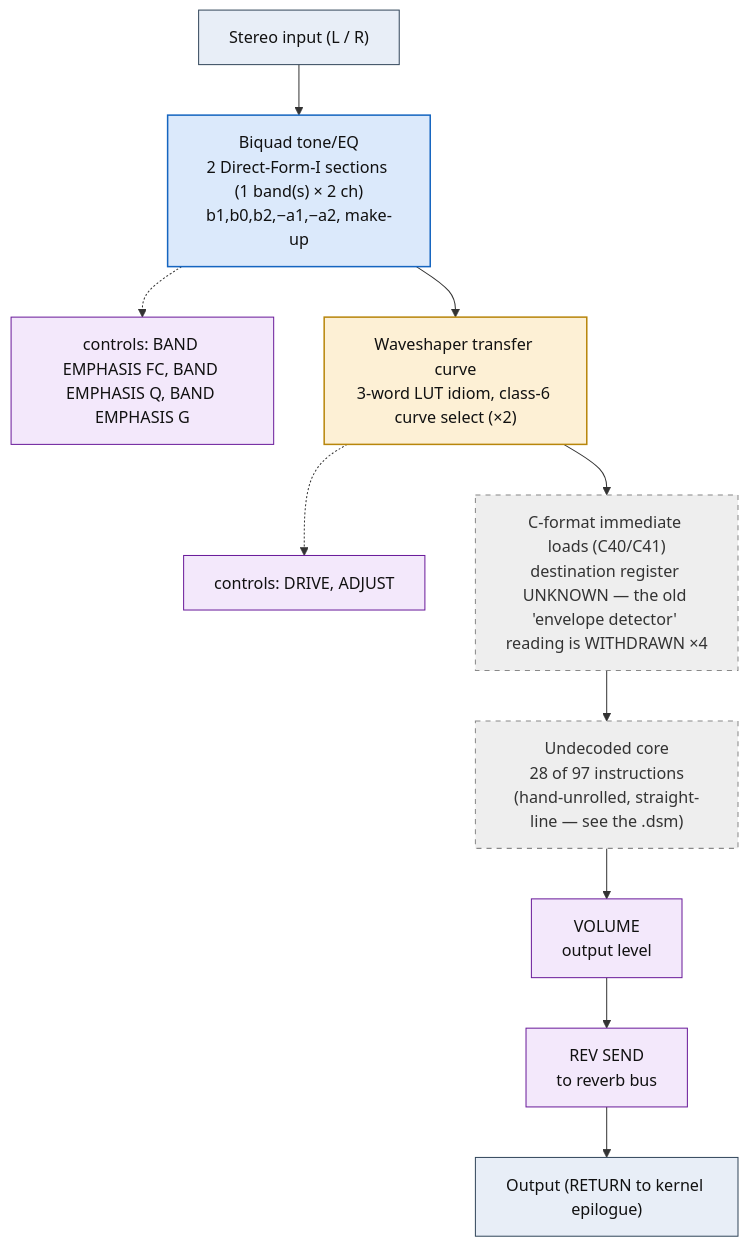
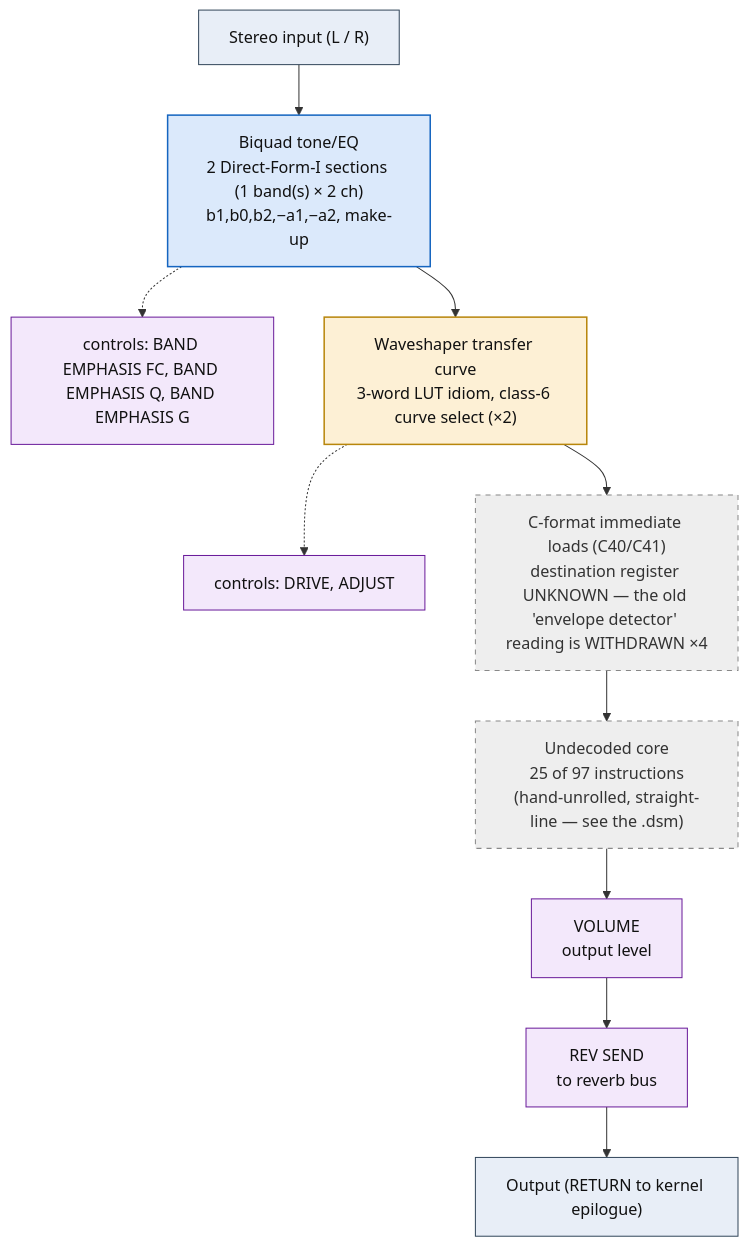
One commit to ArqueologiaDigital/kn5000-roms-disasm changed the diagram in dsp/flowcharts/prog97_peq_compr_overdr.md. Above: the diagram before and after it, drawn with Mermaid. The commit also changed other lines of this file and 78 other files, not shown here.

````diff
--- a/dsp/flowcharts/prog97_peq_compr_overdr.md
+++ b/dsp/flowcharts/prog97_peq_compr_overdr.md
@@ -12,34 +12,34 @@
 ```mermaid
 flowchart TD
     N0["Stereo input (L / R)"]
     N1["Biquad tone/EQ<br/>2 Direct-Form-I sections (1 band(s) &times; 2 ch)<br/>b1,b0,b2,&minus;a1,&minus;a2, make-up"]
     N0 --> N1
     N2["controls: BAND EMPHASIS FC, BAND EMPHASIS Q, BAND EMPHASIS G"]
     N1 -.-> N2
     N3["Waveshaper transfer curve<br/>3-word LUT idiom, class-6 curve select (&times;2)"]
     N1 --> N3
     N4["controls: DRIVE, ADJUST"]
     N3 -.-> N4
     N5["C-format immediate loads (C40/C41)<br/>destination register UNKNOWN &mdash; the old 'envelope detector' reading is WITHDRAWN &times;4"]
     N3 --> N5
-    N6["Undecoded core<br/>28 of 97 instructions<br/>(hand-unrolled, straight-line &mdash; see the .dsm)"]
+    N6["Undecoded core<br/>25 of 97 instructions<br/>(hand-unrolled, straight-line &mdash; see the .dsm)"]
     N5 --> N6
     N7["VOLUME<br/>output level"]
     N6 --> N7
     N8["REV SEND<br/>to reverb bus"]
     N7 --> N8
     N9["Output (RETURN to kernel epilogue)"]
     N8 --> N9
 
     classDef io fill:#e8eef7,stroke:#33475b,stroke-width:1px,color:#111;
     classDef proven fill:#d7f0d7,stroke:#2e7d32,stroke-width:2px,color:#111;
     classDef measured fill:#dbe9fb,stroke:#1565c0,stroke-width:1.5px,color:#111;
     classDef inferred fill:#fdf0d5,stroke:#b8860b,stroke-width:1.5px,color:#111;
     classDef open fill:#eeeeee,stroke:#888,stroke-width:1px,color:#333,stroke-dasharray:5 5;
     classDef ctrl fill:#f3e8fb,stroke:#6a1b9a,stroke-width:1px,color:#111;
     class N0,N9 io;
     class N1 measured;
     class N2,N4,N7,N8 ctrl;
     class N3 inferred;
     class N5,N6 open;
 ```
````
